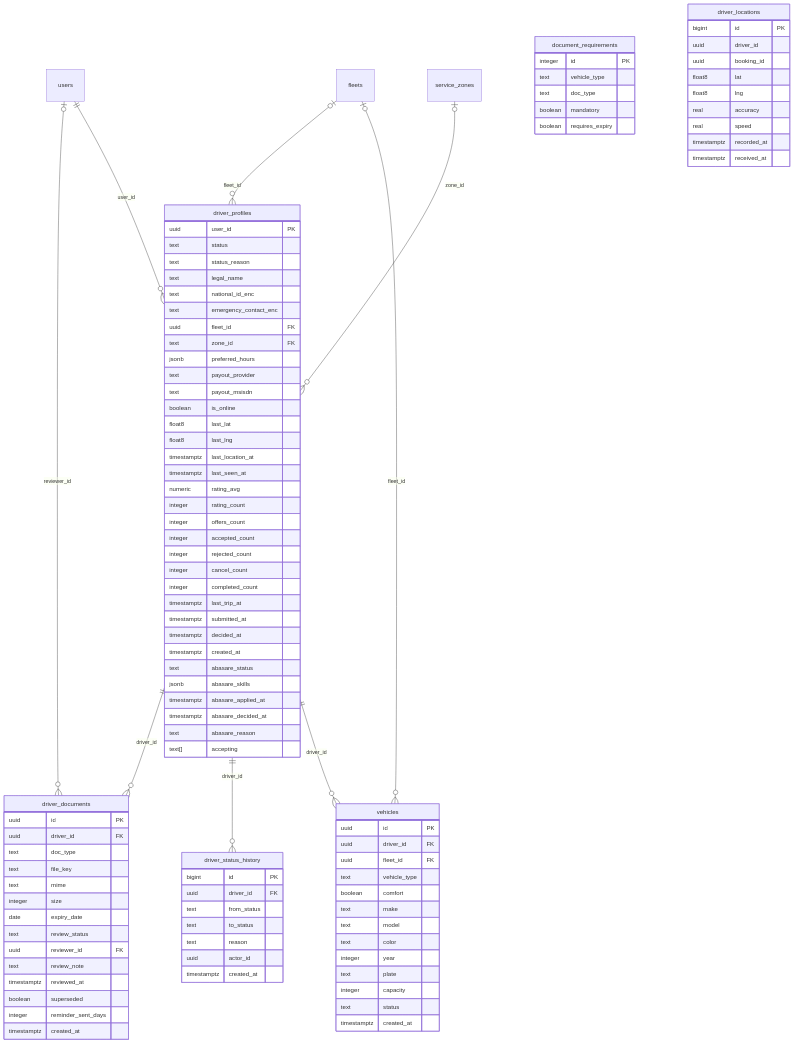
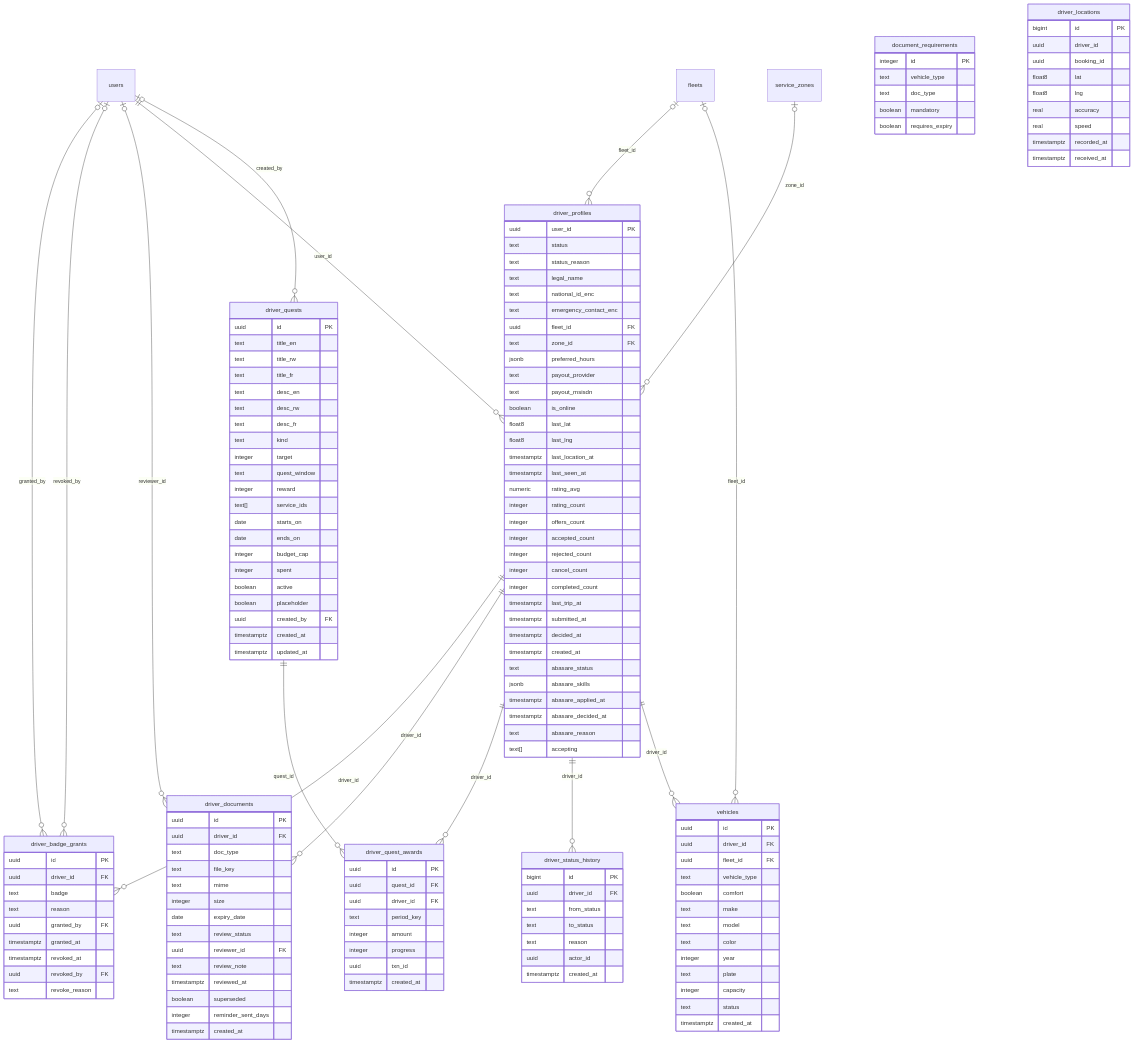
One commit to Eribangi05/haifa-bms changed the fourth of 10 diagrams in rwanda-mobility/docs/ERD.md. Above: the diagram before and after it, drawn with Mermaid. The commit also changed other lines of this file and 1 other file, not shown here.

First line of the commit message:
Docs: regenerate ERD for migrations 009-017 (97 tables) and map new tables to modules

````diff
--- a/rwanda-mobility/docs/ERD.md
+++ b/rwanda-mobility/docs/ERD.md
@@ -357,10 +593,16 @@
 ```mermaid
 erDiagram
+  driver_profiles ||--o{ driver_badge_grants : "driver_id"
+  users |o--o{ driver_badge_grants : "granted_by"
+  users |o--o{ driver_badge_grants : "revoked_by"
   driver_profiles ||--o{ driver_documents : "driver_id"
   users |o--o{ driver_documents : "reviewer_id"
   fleets |o--o{ driver_profiles : "fleet_id"
   users ||--o{ driver_profiles : "user_id"
   service_zones |o--o{ driver_profiles : "zone_id"
+  driver_profiles ||--o{ driver_quest_awards : "driver_id"
+  driver_quests ||--o{ driver_quest_awards : "quest_id"
+  users |o--o{ driver_quests : "created_by"
   driver_profiles ||--o{ driver_status_history : "driver_id"
   driver_profiles ||--o{ vehicles : "driver_id"
   fleets |o--o{ vehicles : "fleet_id"
@@ -457,4 +699,48 @@
     timestamptz recorded_at
     timestamptz received_at
   }
+  driver_badge_grants {
+    uuid id PK
+    uuid driver_id FK
+    text badge
+    text reason
+    uuid granted_by FK
+    timestamptz granted_at
+    timestamptz revoked_at
+    uuid revoked_by FK
+    text revoke_reason
+  }
+  driver_quests {
+    uuid id PK
+    text title_en
+    text title_rw
+    text title_fr
+    text desc_en
+    text desc_rw
+    text desc_fr
+    text kind
+    integer target
+    text quest_window
+    integer reward
+    text[] service_ids
+    date starts_on
+    date ends_on
+    integer budget_cap
+    integer spent
+    boolean active
+    boolean placeholder
+    uuid created_by FK
+    timestamptz created_at
+    timestamptz updated_at
+  }
+  driver_quest_awards {
+    uuid id PK
+    uuid quest_id FK
+    uuid driver_id FK
+    text period_key
+    integer amount
+    integer progress
+    uuid txn_id
+    timestamptz created_at
+  }
 ```
````
